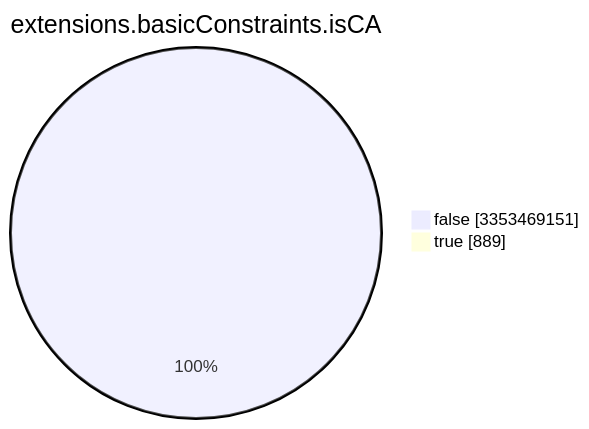
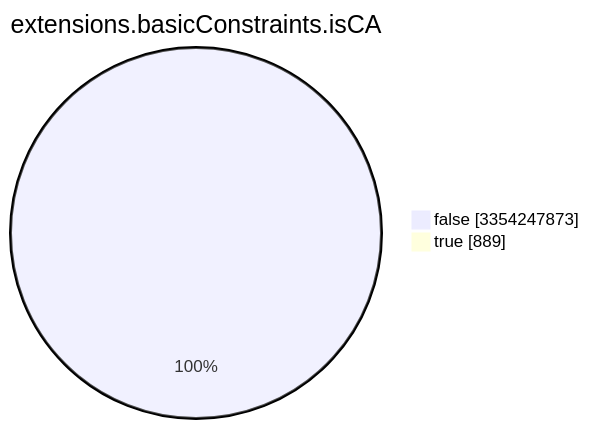
The seventh of 15 diagrams in TOTAL/README.md (christiankrug/ctmonitor_visualization), drawn with Mermaid before and after one commit. The commit also changed other lines of this file, not shown here.

````diff
--- a/TOTAL/README.md
+++ b/TOTAL/README.md
@@ -3089,6 +3089,6 @@
 ```mermaid
 pie showData
 title extensions.basicConstraints.isCA
-"false" :3353469151
+"false" :3354247873
 "true" :889
 ```
````
